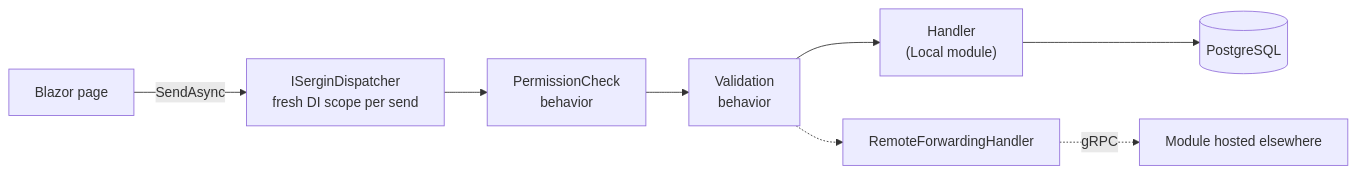
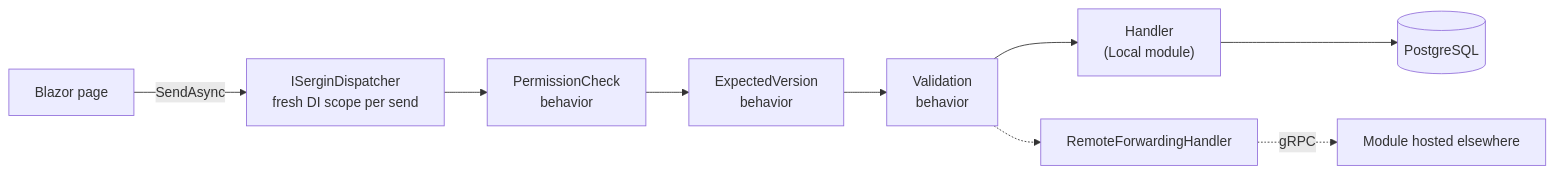
Before and after one commit to poursh/Sergin.MeterMinder: the first of 2 diagrams in README.md, drawn with Mermaid. The commit also changed other lines of this file and 4 other files, not shown here.

````diff
--- a/README.md
+++ b/README.md
@@ -132,8 +148,8 @@
 ```mermaid
 flowchart LR
     Page["Blazor page"] -->|"SendAsync"| D["ISerginDispatcher<br/>fresh DI scope per send"]
-    D --> P1["PermissionCheck<br/>behavior"] --> P2["Validation<br/>behavior"]
+    D --> P1["PermissionCheck<br/>behavior"] --> PV["ExpectedVersion<br/>behavior"] --> P2["Validation<br/>behavior"]
     P2 --> H["Handler<br/>(Local module)"]
     P2 -.-> R["RemoteForwardingHandler"] -.->|"gRPC"| S["Module hosted elsewhere"]
     H --> DB[("PostgreSQL")]
 ```
````
